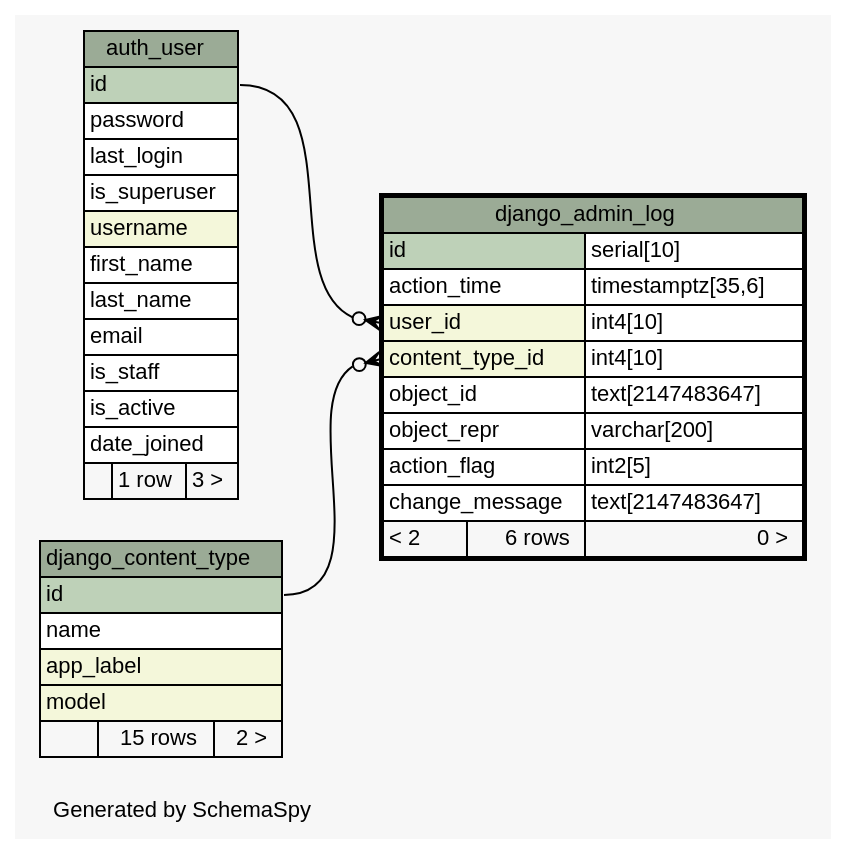
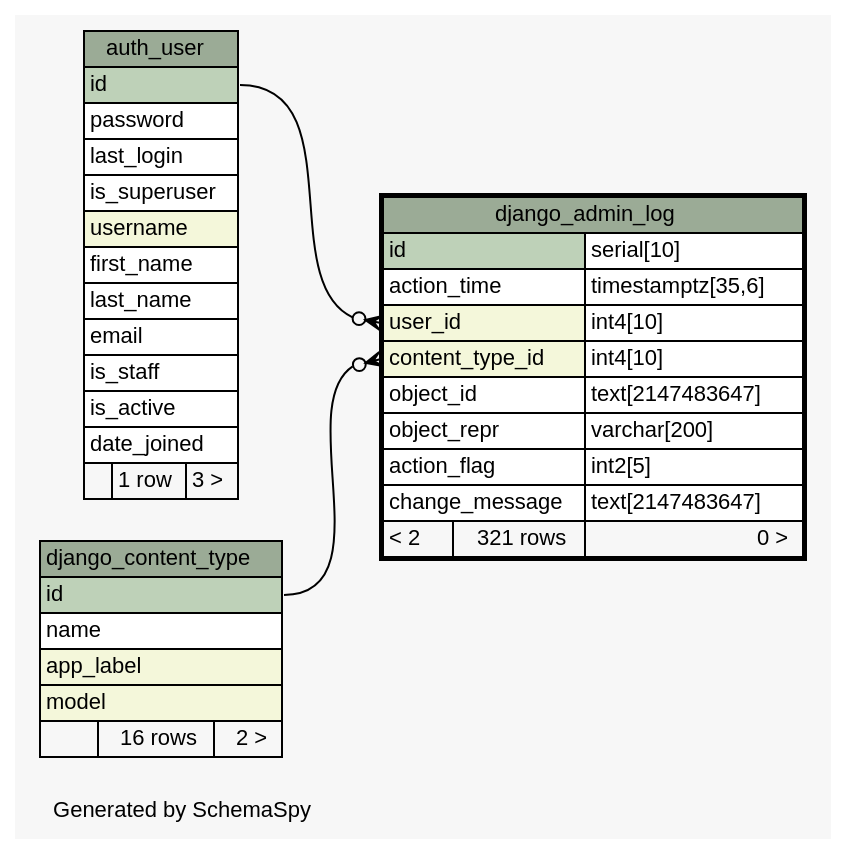
The diagram in database/schema/diagrams/django_admin_log.1degree.dot (jingyayeah/multiscale-galactose), drawn with Graphviz before and after one commit. The commit also changed 108 other files, not shown here.

Commit message:
Updated database schema for the general implementation of integration settings

```diff
--- a/database/schema/diagrams/django_admin_log.1degree.dot
+++ b/database/schema/diagrams/django_admin_log.1degree.dot
@@ -1,74 +1,74 @@
 // dot 2.26.3 on Linux 3.11.0-12-generic
 // SchemaSpy rev 590
 digraph "oneDegreeRelationshipsDiagram" {
   graph [
     rankdir="RL"
     bgcolor="#f7f7f7"
     label="\nGenerated by SchemaSpy"
     labeljust="l"
     nodesep="0.18"
     ranksep="0.46"
     fontname="Helvetica"
     fontsize="11"
   ];
   node [
     fontname="Helvetica"
     fontsize="11"
     shape="plaintext"
   ];
   edge [
     arrowsize="0.8"
   ];
   "django_admin_log":"content_type_id":w -> "django_content_type":"id":e [arrowhead=none dir=back arrowtail=crowodot];
   "django_admin_log":"user_id":w -> "auth_user":"id":e [arrowhead=none dir=back arrowtail=crowodot];
   "auth_user" [
     label=<
     <TABLE BORDER="0" CELLBORDER="1" CELLSPACING="0" BGCOLOR="#ffffff">
       <TR><TD COLSPAN="3" BGCOLOR="#9bab96" ALIGN="CENTER">auth_user</TD></TR>
       <TR><TD PORT="id" COLSPAN="3" BGCOLOR="#bed1b8" ALIGN="LEFT">id</TD></TR>
       <TR><TD PORT="password" COLSPAN="3" ALIGN="LEFT">password</TD></TR>
       <TR><TD PORT="last_login" COLSPAN="3" ALIGN="LEFT">last_login</TD></TR>
       <TR><TD PORT="is_superuser" COLSPAN="3" ALIGN="LEFT">is_superuser</TD></TR>
       <TR><TD PORT="username" COLSPAN="3" BGCOLOR="#f4f7da" ALIGN="LEFT">username</TD></TR>
       <TR><TD PORT="first_name" COLSPAN="3" ALIGN="LEFT">first_name</TD></TR>
       <TR><TD PORT="last_name" COLSPAN="3" ALIGN="LEFT">last_name</TD></TR>
       <TR><TD PORT="email" COLSPAN="3" ALIGN="LEFT">email</TD></TR>
       <TR><TD PORT="is_staff" COLSPAN="3" ALIGN="LEFT">is_staff</TD></TR>
       <TR><TD PORT="is_active" COLSPAN="3" ALIGN="LEFT">is_active</TD></TR>
       <TR><TD PORT="date_joined" COLSPAN="3" ALIGN="LEFT">date_joined</TD></TR>
       <TR><TD ALIGN="LEFT" BGCOLOR="#f7f7f7">  </TD><TD ALIGN="RIGHT" BGCOLOR="#f7f7f7">1 row</TD><TD ALIGN="RIGHT" BGCOLOR="#f7f7f7">3 &gt;</TD></TR>
     </TABLE>>
     URL="auth_user.html"
     tooltip="auth_user"
   ];
   "django_admin_log" [
     label=<
     <TABLE BORDER="2" CELLBORDER="1" CELLSPACING="0" BGCOLOR="#ffffff">
       <TR><TD COLSPAN="3" BGCOLOR="#9bab96" ALIGN="CENTER">django_admin_log</TD></TR>
       <TR><TD PORT="id" COLSPAN="2" BGCOLOR="#bed1b8" ALIGN="LEFT">id</TD><TD PORT="id.type" ALIGN="LEFT">serial[10]</TD></TR>
       <TR><TD PORT="action_time" COLSPAN="2" ALIGN="LEFT">action_time</TD><TD PORT="action_time.type" ALIGN="LEFT">timestamptz[35,6]</TD></TR>
       <TR><TD PORT="user_id" COLSPAN="2" BGCOLOR="#f4f7da" ALIGN="LEFT">user_id</TD><TD PORT="user_id.type" ALIGN="LEFT">int4[10]</TD></TR>
       <TR><TD PORT="content_type_id" COLSPAN="2" BGCOLOR="#f4f7da" ALIGN="LEFT">content_type_id</TD><TD PORT="content_type_id.type" ALIGN="LEFT">int4[10]</TD></TR>
       <TR><TD PORT="object_id" COLSPAN="2" ALIGN="LEFT">object_id</TD><TD PORT="object_id.type" ALIGN="LEFT">text[2147483647]</TD></TR>
       <TR><TD PORT="object_repr" COLSPAN="2" ALIGN="LEFT">object_repr</TD><TD PORT="object_repr.type" ALIGN="LEFT">varchar[200]</TD></TR>
       <TR><TD PORT="action_flag" COLSPAN="2" ALIGN="LEFT">action_flag</TD><TD PORT="action_flag.type" ALIGN="LEFT">int2[5]</TD></TR>
       <TR><TD PORT="change_message" COLSPAN="2" ALIGN="LEFT">change_message</TD><TD PORT="change_message.type" ALIGN="LEFT">text[2147483647]</TD></TR>
-      <TR><TD ALIGN="LEFT" BGCOLOR="#f7f7f7">&lt; 2</TD><TD ALIGN="RIGHT" BGCOLOR="#f7f7f7">6 rows</TD><TD ALIGN="RIGHT" BGCOLOR="#f7f7f7">0 &gt;</TD></TR>
+      <TR><TD ALIGN="LEFT" BGCOLOR="#f7f7f7">&lt; 2</TD><TD ALIGN="RIGHT" BGCOLOR="#f7f7f7">321 rows</TD><TD ALIGN="RIGHT" BGCOLOR="#f7f7f7">0 &gt;</TD></TR>
     </TABLE>>
     URL="django_admin_log.html"
     tooltip="django_admin_log"
   ];
   "django_content_type" [
     label=<
     <TABLE BORDER="0" CELLBORDER="1" CELLSPACING="0" BGCOLOR="#ffffff">
       <TR><TD COLSPAN="3" BGCOLOR="#9bab96" ALIGN="CENTER">django_content_type</TD></TR>
       <TR><TD PORT="id" COLSPAN="3" BGCOLOR="#bed1b8" ALIGN="LEFT">id</TD></TR>
       <TR><TD PORT="name" COLSPAN="3" ALIGN="LEFT">name</TD></TR>
       <TR><TD PORT="app_label" COLSPAN="3" BGCOLOR="#f4f7da" ALIGN="LEFT">app_label</TD></TR>
       <TR><TD PORT="model" COLSPAN="3" BGCOLOR="#f4f7da" ALIGN="LEFT">model</TD></TR>
-      <TR><TD ALIGN="LEFT" BGCOLOR="#f7f7f7">  </TD><TD ALIGN="RIGHT" BGCOLOR="#f7f7f7">15 rows</TD><TD ALIGN="RIGHT" BGCOLOR="#f7f7f7">2 &gt;</TD></TR>
+      <TR><TD ALIGN="LEFT" BGCOLOR="#f7f7f7">  </TD><TD ALIGN="RIGHT" BGCOLOR="#f7f7f7">16 rows</TD><TD ALIGN="RIGHT" BGCOLOR="#f7f7f7">2 &gt;</TD></TR>
     </TABLE>>
     URL="django_content_type.html"
     tooltip="django_content_type"
   ];
 }
```
